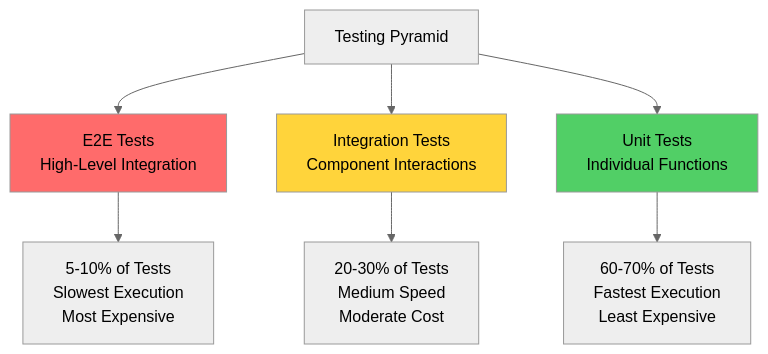
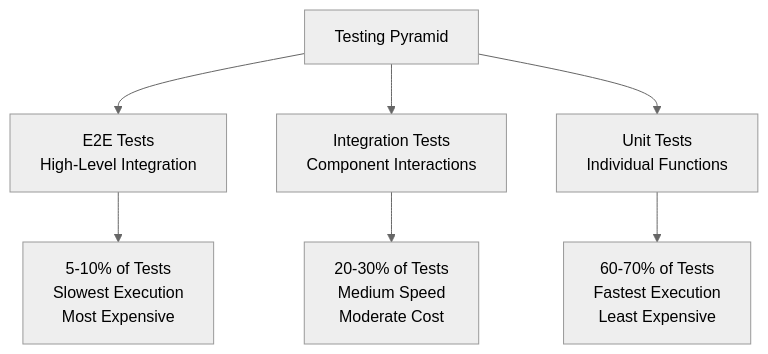
One commit to BabaScience/react-guides changed the first of 10 diagrams in arguments/chapters/10-testing.md. Above: the diagram before and after it, drawn with Mermaid (neutral theme). The commit also changed other lines of this file and 29 other files, not shown here.

First line of the commit message:
Bring React FR/IT translations to full English parity + theme-safe diagrams

````diff
--- a/arguments/chapters/10-testing.md
+++ b/arguments/chapters/10-testing.md
@@ -26,14 +26,11 @@
 ```mermaid
 graph TD
     A[Testing Pyramid] --> B[E2E Tests<br/>High-Level Integration]
     A --> C[Integration Tests<br/>Component Interactions]
     A --> D[Unit Tests<br/>Individual Functions]
     
     B --> B1[5-10% of Tests<br/>Slowest Execution<br/>Most Expensive]
     C --> C1[20-30% of Tests<br/>Medium Speed<br/>Moderate Cost]
     D --> D1[60-70% of Tests<br/>Fastest Execution<br/>Least Expensive]
     
-    style B fill:#ff6b6b
-    style C fill:#ffd43b
-    style D fill:#51cf66
 ```
````
